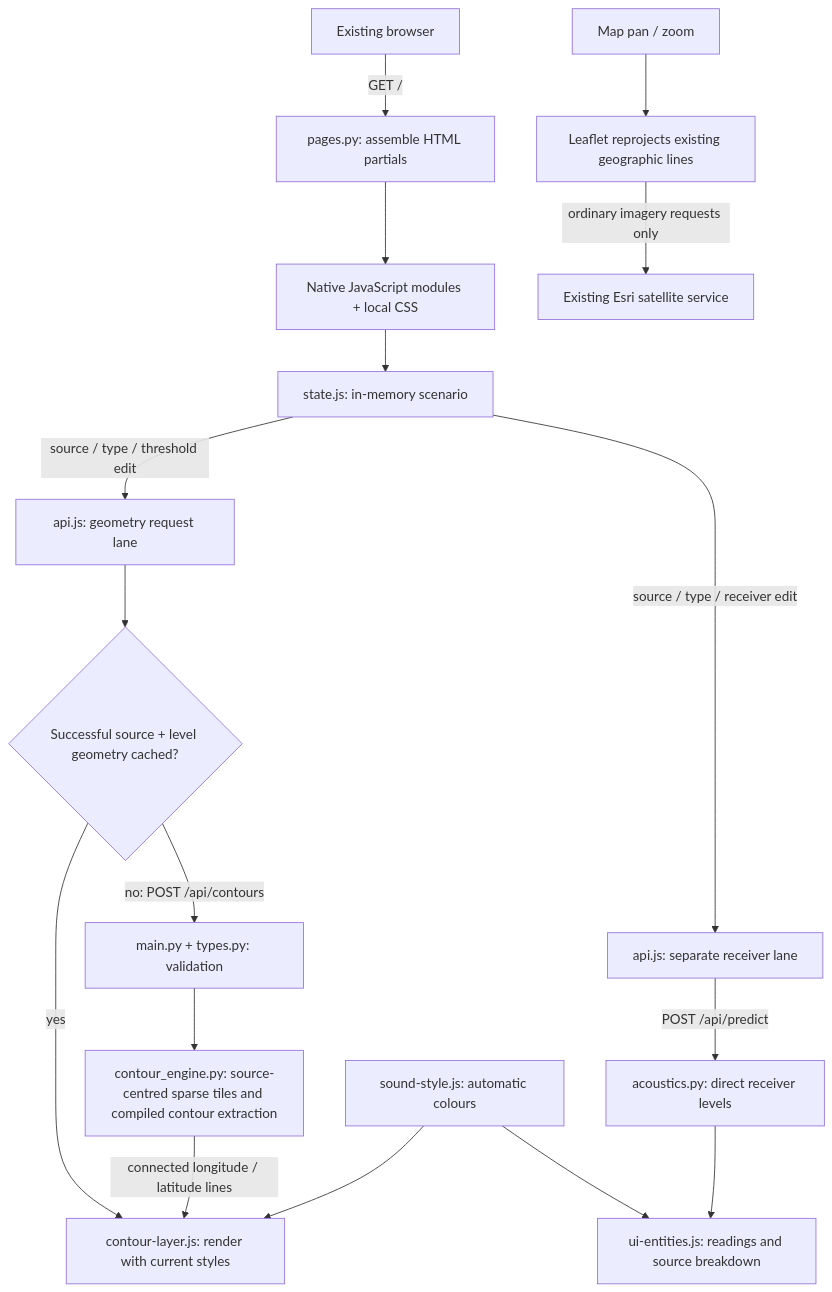
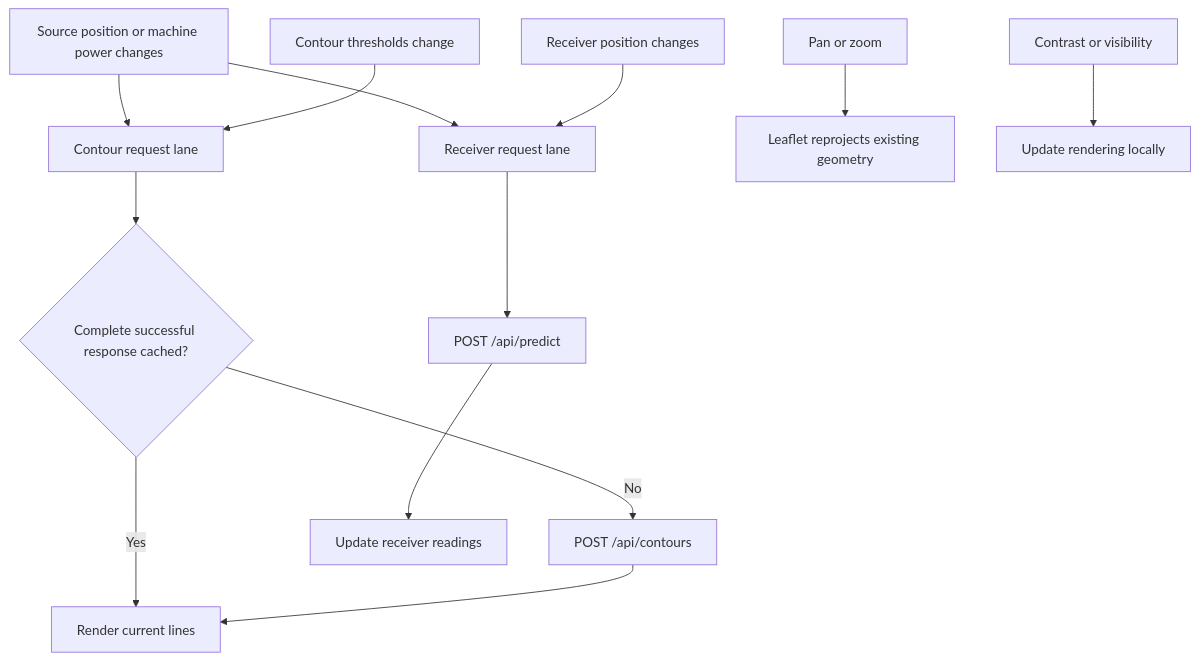
The second of 3 diagrams in ARCHITECURE.md (Jakespitteler/Sound-Model), drawn with Mermaid before and after one commit. The commit also changed other lines of this file and 13 other files, not shown here.

Commit message:
docs: separate current guides from historical records and clarify model flows

````diff
--- a/ARCHITECURE.md
+++ b/ARCHITECURE.md
@@ -62,19 +42,15 @@
 ```mermaid
 flowchart TD
-    Browser[Existing browser] -->|GET /| Page[pages.py: assemble HTML partials]
-    Page --> Modules[Native JavaScript modules + local CSS]
-    Modules --> State[state.js: in-memory scenario]
-    State -->|source / type / threshold edit| GeometryLane[api.js: geometry request lane]
-    GeometryLane --> Cache{Successful source + level geometry cached?}
-    Cache -->|yes| Lines[contour-layer.js: render with current styles]
-    Cache -->|no: POST /api/contours| API[main.py + types.py: validation]
-    API --> Adaptive[contour_engine.py: source-centred sparse tiles and compiled contour extraction]
-    Adaptive -->|connected longitude / latitude lines| Lines
-    State -->|source / type / receiver edit| ReceiverLane[api.js: separate receiver lane]
-    ReceiverLane -->|POST /api/predict| Physics[acoustics.py: direct receiver levels]
-    Physics --> Readings[ui-entities.js: readings and source breakdown]
-    Scale[sound-style.js: automatic colours] --> Lines
-    Scale --> Readings
-    Camera[Map pan / zoom] --> Leaflet[Leaflet reprojects existing geographic lines]
-    Leaflet -->|ordinary imagery requests only| Tiles[Existing Esri satellite service]
+    Source[Source position or machine power changes] --> R[Receiver request lane]
+    Source --> G[Contour request lane]
+    Receiver[Receiver position changes] --> R
+    Levels[Contour thresholds change] --> G
+    G --> Cache{Complete successful response cached?}
+    Cache -->|Yes| Lines[Render current lines]
+    Cache -->|No| Contours[POST /api/contours]
+    Contours --> Lines
+    R --> Predict[POST /api/predict]
+    Predict --> Numbers[Update receiver readings]
+    Camera[Pan or zoom] --> Reproject[Leaflet reprojects existing geometry]
+    Style[Contrast or visibility] --> Local[Update rendering locally]
 ```
````
